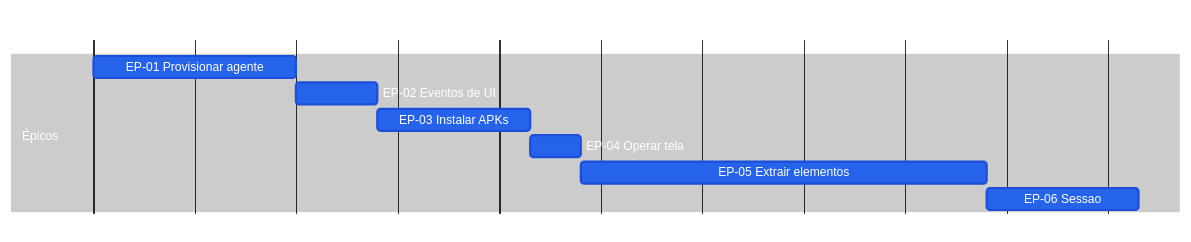
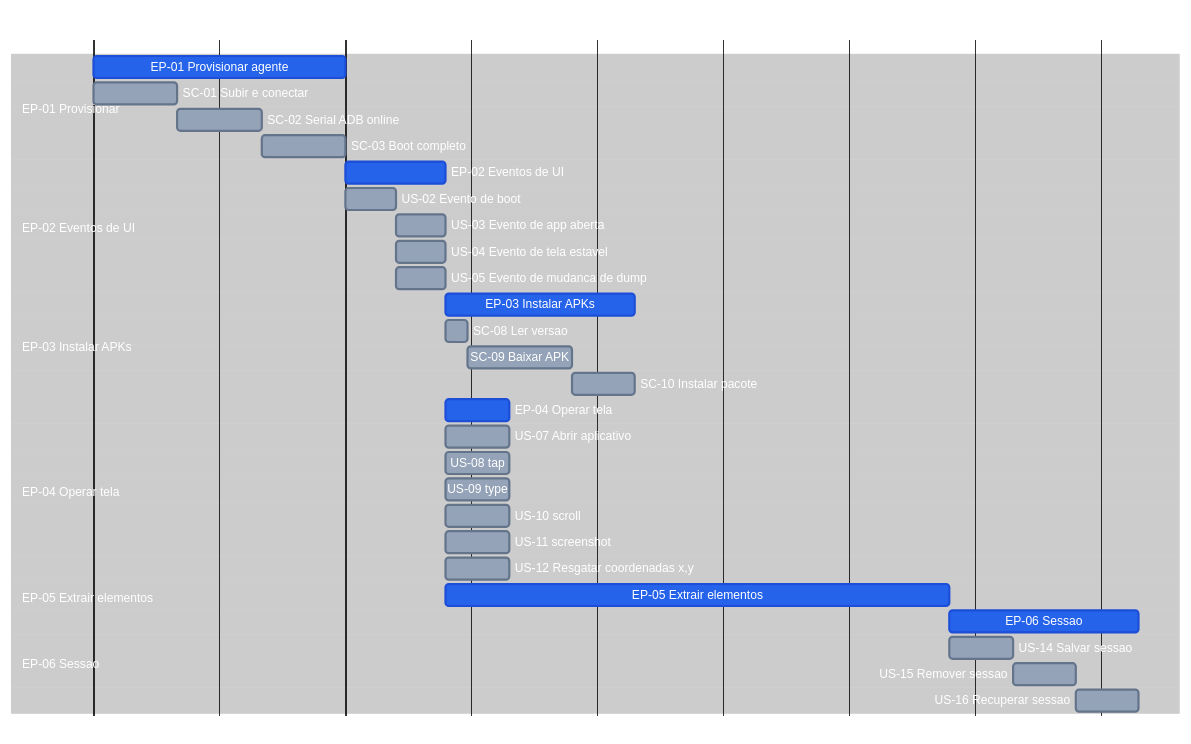
One commit to laerciogermano/workstation changed the diagram in connectmax/screen-robot/roadmap.md. Above: the diagram before and after it, drawn with Mermaid. The commit also changed other lines of this file and 3 other files, not shown here.

Commit message:
Hierarquia EP→US→SC com colapso (1 SC ou 1 US) na árvore e no roadmap.

````diff
--- a/connectmax/screen-robot/roadmap.md
+++ b/connectmax/screen-robot/roadmap.md
@@ -9,47 +14,76 @@
 ```mermaid
 ---
 config:
   theme: base
   themeVariables:
     darkMode: true
     background: '#000000'
     primaryTextColor: '#ffffff'
     secondaryTextColor: '#ffffff'
     tertiaryTextColor: '#ffffff'
     textColor: '#ffffff'
     lineColor: '#333333'
     mainBkg: '#000000'
     secondaryColor: '#000000'
     tertiaryColor: '#000000'
     sectionBkgColor: '#000000'
     sectionBkgColor2: '#000000'
     altSectionBkgColor: '#000000'
     gridColor: '#222222'
     excludeBkgColor: '#000000'
     todayLineColor: '#444444'
     doneTaskBkgColor: '#2563eb'
     doneTaskBorderColor: '#1d4ed8'
     taskBkgColor: '#94a3b8'
     taskBorderColor: '#64748b'
     taskTextColor: '#ffffff'
     taskTextDarkColor: '#ffffff'
     taskTextLightColor: '#ffffff'
     taskTextOutsideColor: '#ffffff'
     critBkgColor: '#2563eb'
     critBorderColor: '#1d4ed8'
     activeTaskBkgColor: '#94a3b8'
     activeTaskBorderColor: '#64748b'
 ---
 gantt
-  title screen-robot épicos (sequencial)
+  title screen-robot EP / US / SC
   dateFormat X
   axisFormat %s
 
-  section Épicos
+  section EP-01 Provisionar
   EP-01 Provisionar agente              :done, ep01, 0, 60m
+  SC-01 Subir e conectar                :sc01, 0, 20m
+  SC-02 Serial ADB online               :sc02, after sc01, 20m
+  SC-03 Boot completo                   :sc03, after sc02, 20m
+
+  section EP-02 Eventos de UI
   EP-02 Eventos de UI                   :done, ep02, after ep01, 24m
-  EP-03 Instalar APKs                   :done, ep03, after ep02, 45m
-  EP-04 Operar tela                     :done, ep04, after ep03, 15m
-  EP-05 Extrair elementos               :done, ep05, after ep04, 120m
+  US-02 Evento de boot                  :us02, after ep01, 12m
+  US-03 Evento de app aberta            :us03, after us02, 12m
+  US-04 Evento de tela estavel          :us04, after us02, 12m
+  US-05 Evento de mudanca de dump       :us05, after us02, 12m
+
+  section EP-03 Instalar APKs
+  EP-03 Instalar APKs                   :done, ep03, after us05, 45m
+  SC-08 Ler versao                      :sc08, after us05, 5m
+  SC-09 Baixar APK                      :sc09, after sc08, 25m
+  SC-10 Instalar pacote                 :sc10, after sc09, 15m
+
+  section EP-04 Operar tela
+  EP-04 Operar tela                     :done, ep04, after us05, 15m
+  US-07 Abrir aplicativo                :us07, after us05, 15m
+  US-08 tap                             :us08, after us05, 15m
+  US-09 type                            :us09, after us05, 15m
+  US-10 scroll                          :us10, after us05, 15m
+  US-11 screenshot                      :us11, after us05, 15m
+  US-12 Resgatar coordenadas x,y        :us12, after us05, 15m
+
+  section EP-05 Extrair elementos
+  EP-05 Extrair elementos               :done, ep05, after us05, 120m
+
+  section EP-06 Sessao
   EP-06 Sessao                          :done, ep06, after ep05, 45m
+  US-14 Salvar sessao                   :us14, after ep05, 15m
+  US-15 Remover sessao                  :us15, after us14, 15m
+  US-16 Recuperar sessao                :us16, after us15, 15m
 ```
````
